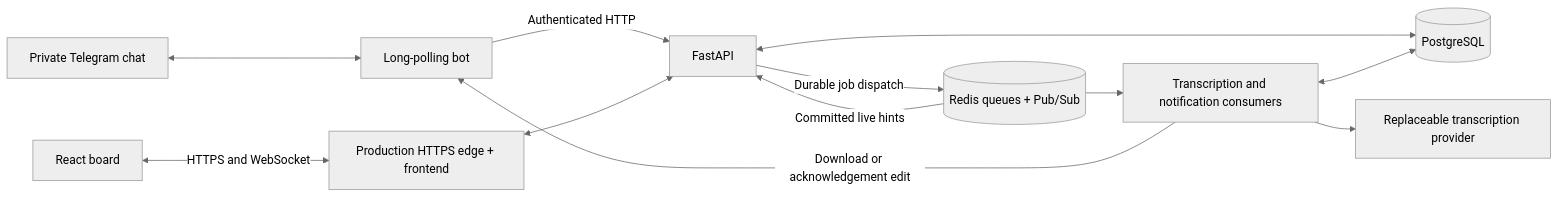
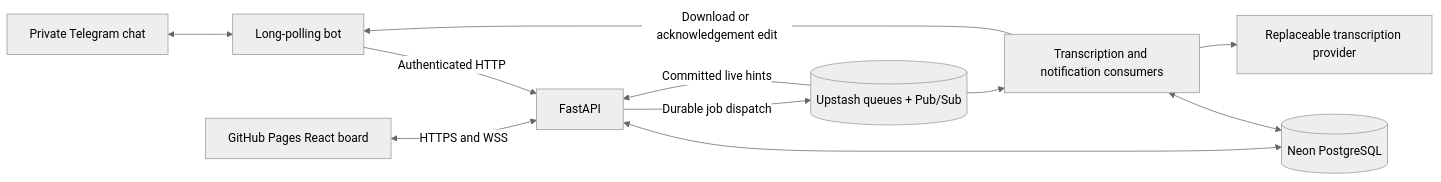
Before and after one commit to Neytrib/omni-task: the diagram in README.md, drawn with Mermaid (neutral theme). The commit also changed other lines of this file and 49 other files, not shown here.

Commit message:
feat: prepare Railway and GitHub Pages deployment

````diff
--- a/README.md
+++ b/README.md
@@ -142,14 +167,13 @@
 ```mermaid
 flowchart LR
     TG[Private Telegram chat] <--> Bot[Long-polling bot]
     Bot -->|Authenticated HTTP| API[FastAPI]
-    Browser[React board] <-->|HTTPS and WebSocket| Edge[Production HTTPS edge + frontend]
-    Edge <--> API
-    API <--> DB[(PostgreSQL)]
-    API -->|Durable job dispatch| Redis[(Redis queues + Pub/Sub)]
+    Pages[GitHub Pages React board] <-->|HTTPS and WSS| API
+    API <--> DB[(Neon PostgreSQL)]
+    API -->|Durable job dispatch| Redis[(Upstash queues + Pub/Sub)]
     Redis --> Worker[Transcription and notification consumers]
     Worker <--> DB
     Worker -->|Download or acknowledgement edit| Bot
     Worker --> STT[Replaceable transcription provider]
     Redis -->|Committed live hints| API
 ```
````
